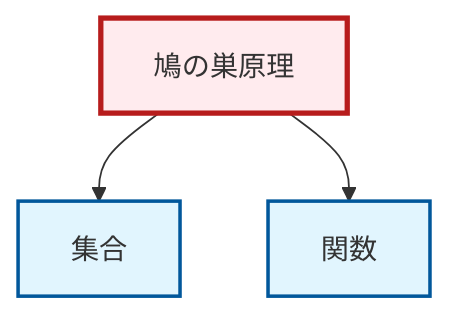
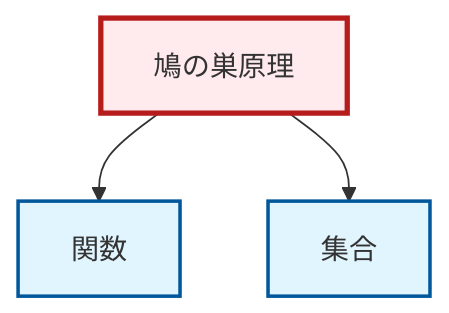
One commit to RK0429/ModernMath changed the diagram in output/mermaid/ja/thm-pigeonhole-principle.mermaid. Above: the diagram before and after it, drawn with Mermaid. The commit also changed other lines of this file and 1716 other files, not shown here.

```diff
--- a/output/mermaid/ja/thm-pigeonhole-principle.mermaid
+++ b/output/mermaid/ja/thm-pigeonhole-principle.mermaid
@@ -1,12 +1,12 @@
 graph TD
     classDef definition fill:#e1f5fe,stroke:#01579b,stroke-width:2px
     classDef theorem fill:#f3e5f5,stroke:#4a148c,stroke-width:2px
     classDef axiom fill:#fff3e0,stroke:#e65100,stroke-width:2px
     classDef example fill:#e8f5e9,stroke:#1b5e20,stroke-width:2px
     classDef current fill:#ffebee,stroke:#b71c1c,stroke-width:3px
+    def-set["集合"]:::definition
     thm-pigeonhole-principle["鳩の巣原理"]:::theorem
-    def-set["集合"]:::definition
     def-function["関数"]:::definition
+    thm-pigeonhole-principle --> def-function
     thm-pigeonhole-principle --> def-set
-    thm-pigeonhole-principle --> def-function
     class thm-pigeonhole-principle current
```
